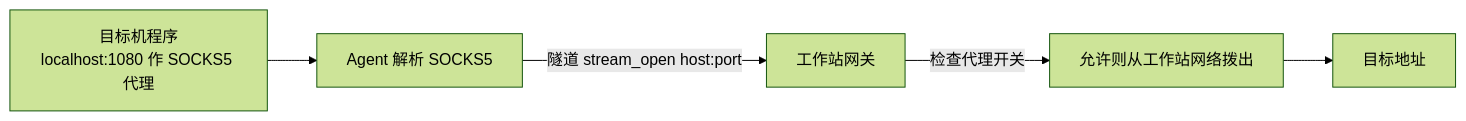
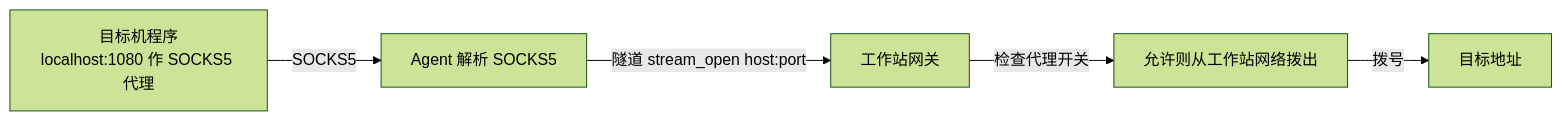
One commit to muyulong/causeway changed the second of 2 diagrams in PLAN.md. Above: the diagram before and after it, drawn with Mermaid (forest theme). The commit also changed other lines of this file and 1 other file, not shown here.

Commit message:
Fix mermaid diagram syntax for GitHub rendering

````diff
--- a/PLAN.md
+++ b/PLAN.md
@@ -77,7 +77,7 @@
 ```mermaid
 flowchart LR
-  T[目标机程序<br>localhost:1080 作 SOCKS5 代理] --> AG[Agent 解析 SOCKS5]
-  AG -- 隧道 stream_open host:port --> W[工作站网关]
-  W -- 检查代理开关 --> OK[允许则从工作站网络拨出]
-  OK --> D[目标地址]
+  T["目标机程序<br>localhost:1080 作 SOCKS5 代理"] -->|"SOCKS5"| AG["Agent 解析 SOCKS5"]
+  AG -->|"隧道 stream_open host:port"| W["工作站网关"]
+  W -->|"检查代理开关"| OK["允许则从工作站网络拨出"]
+  OK -->|"拨号"| D["目标地址"]
 ```
````
